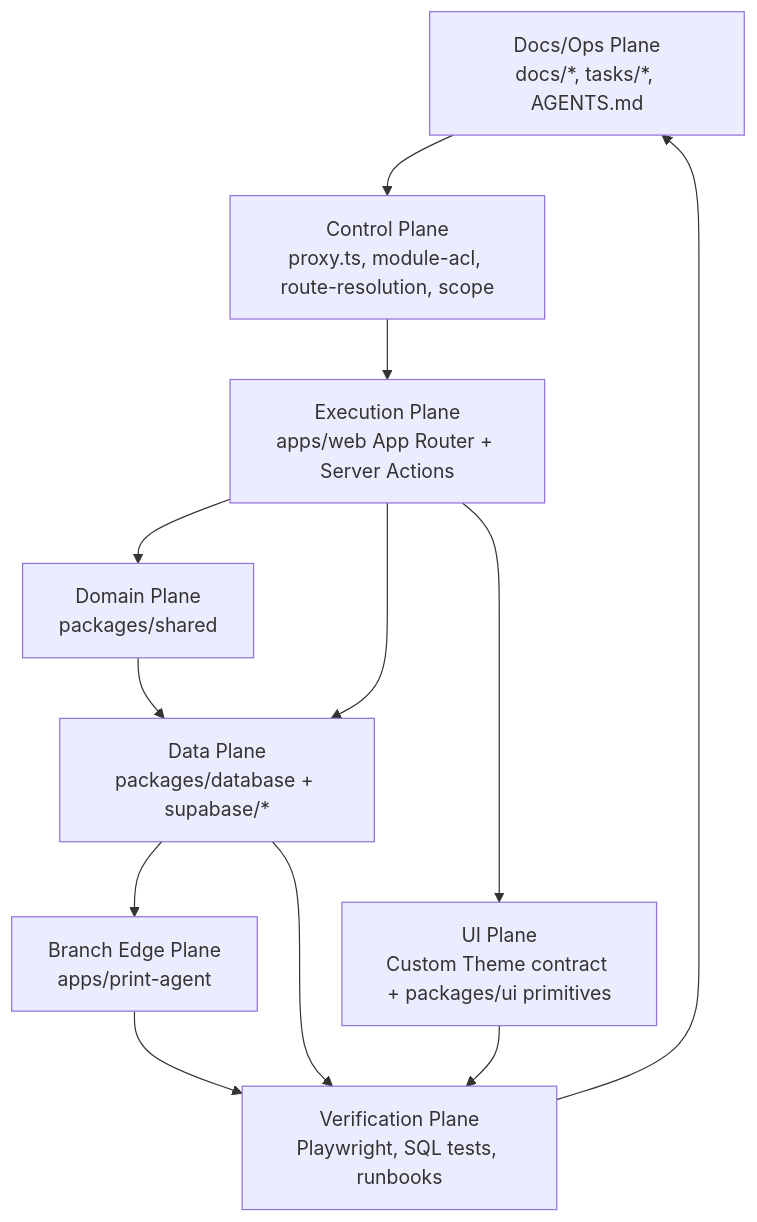
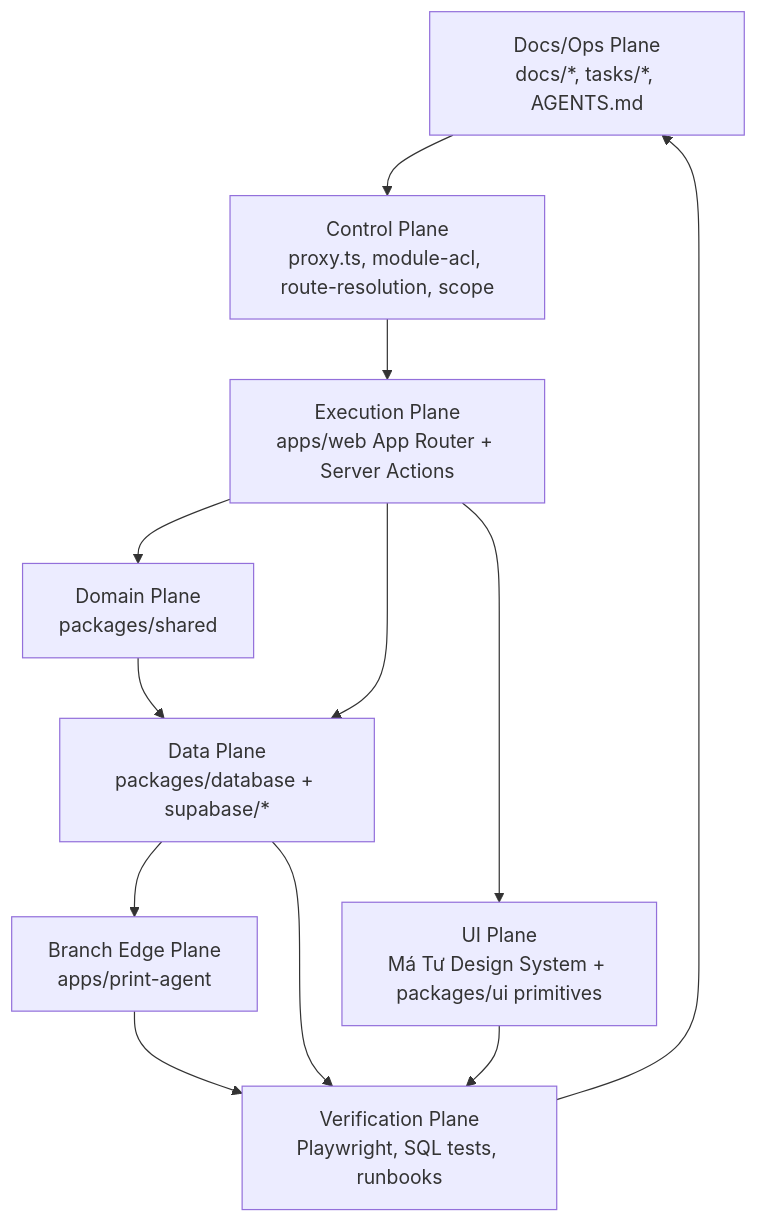
The second of 2 diagrams in docs/spec/architecture.md (comtammatu/comtammatu), drawn with Mermaid before and after one commit. The commit also changed other lines of this file and 520 other files, not shown here.

First line of the commit message:
feat(ui): rebuild Má Tư Design System across all planes

````diff
--- a/docs/spec/architecture.md
+++ b/docs/spec/architecture.md
@@ -118,23 +118,23 @@
 ```mermaid
 flowchart TB
     docs["Docs/Ops Plane<br/>docs/*, tasks/*, AGENTS.md"]
     control["Control Plane<br/>proxy.ts, module-acl, route-resolution, scope"]
     app["Execution Plane<br/>apps/web App Router + Server Actions"]
     domain["Domain Plane<br/>packages/shared"]
     data["Data Plane<br/>packages/database + supabase/*"]
-    ui["UI Plane<br/>Custom Theme contract + packages/ui primitives"]
+    ui["UI Plane<br/>Má Tư Design System + packages/ui primitives"]
     edge["Branch Edge Plane<br/>apps/print-agent"]
     verify["Verification Plane<br/>Playwright, SQL tests, runbooks"]
 
     docs --> control
     control --> app
     app --> domain
     app --> data
     app --> ui
     data --> edge
     domain --> data
     data --> verify
     ui --> verify
     edge --> verify
     verify --> docs
 ```
````
